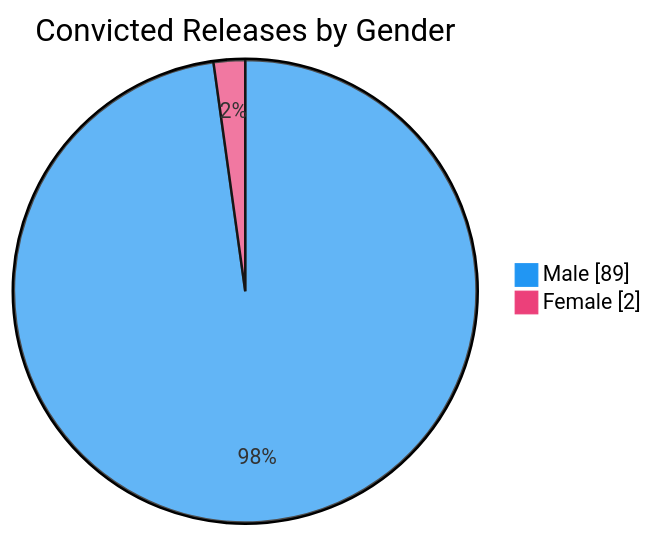
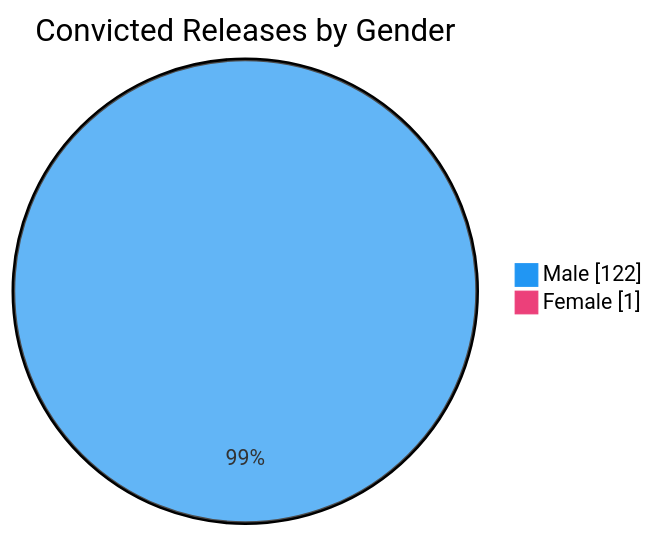
The sixth of 7 diagrams in README.md (nuuuwan/lk_prisons), drawn with Mermaid before and after one commit. The commit also changed other lines of this file and 1 other file, not shown here.

````diff
--- a/README.md
+++ b/README.md
@@ -98,6 +98,6 @@
 ```mermaid
 %%{init: {'themeVariables': {'pie1': '#2196F3', 'pie2': '#EC407A'}}}%%
 pie showData title Convicted Releases by Gender
-    "Male" : 89
-    "Female" : 2
+    "Male" : 122
+    "Female" : 1
 ```
````
